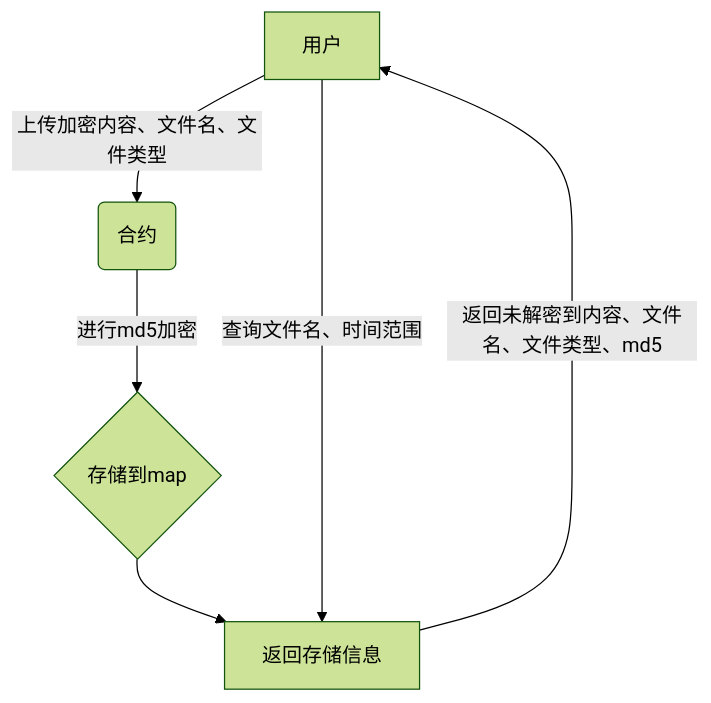
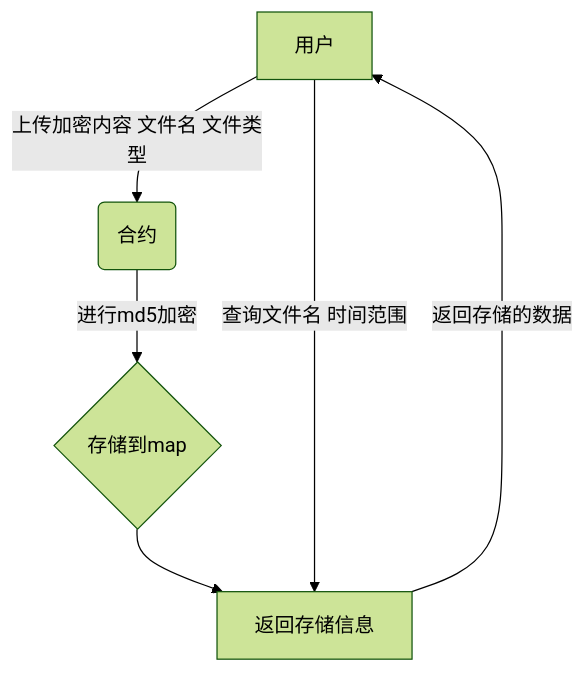
One commit to MoyunRz/store-data changed the first of 5 diagrams in doc/上传文件流程图.md. Above: the diagram before and after it, drawn with Mermaid (forest theme). The commit also changed other lines of this file, not shown here.

````diff
--- a/doc/上传文件流程图.md
+++ b/doc/上传文件流程图.md
@@ -17,8 +12,8 @@
 ```mermaid
-graph TD;
-    A[用户] -->|上传加密内容、文件名、文件类型| B(合约)
+graph TD
+    A[用户] -->|上传加密内容 文件名 文件类型| B(合约)
     B -->|进行md5加密| C{存储到map}
     C --> D[返回存储信息]
-    A -->|查询文件名、时间范围| D 
-    D -->|返回未解密到内容、文件名、文件类型、md5| A
+    A -->|查询文件名 时间范围| D 
+    D -->|返回存储的数据| A
 ```
````
